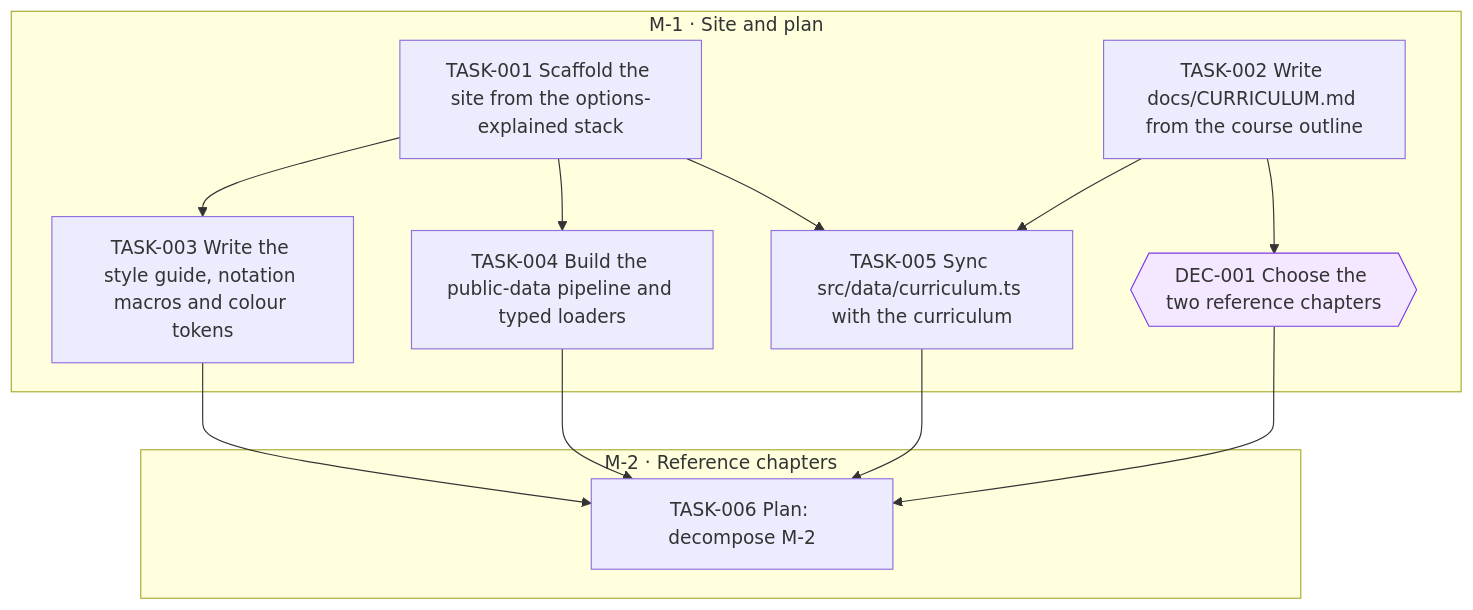
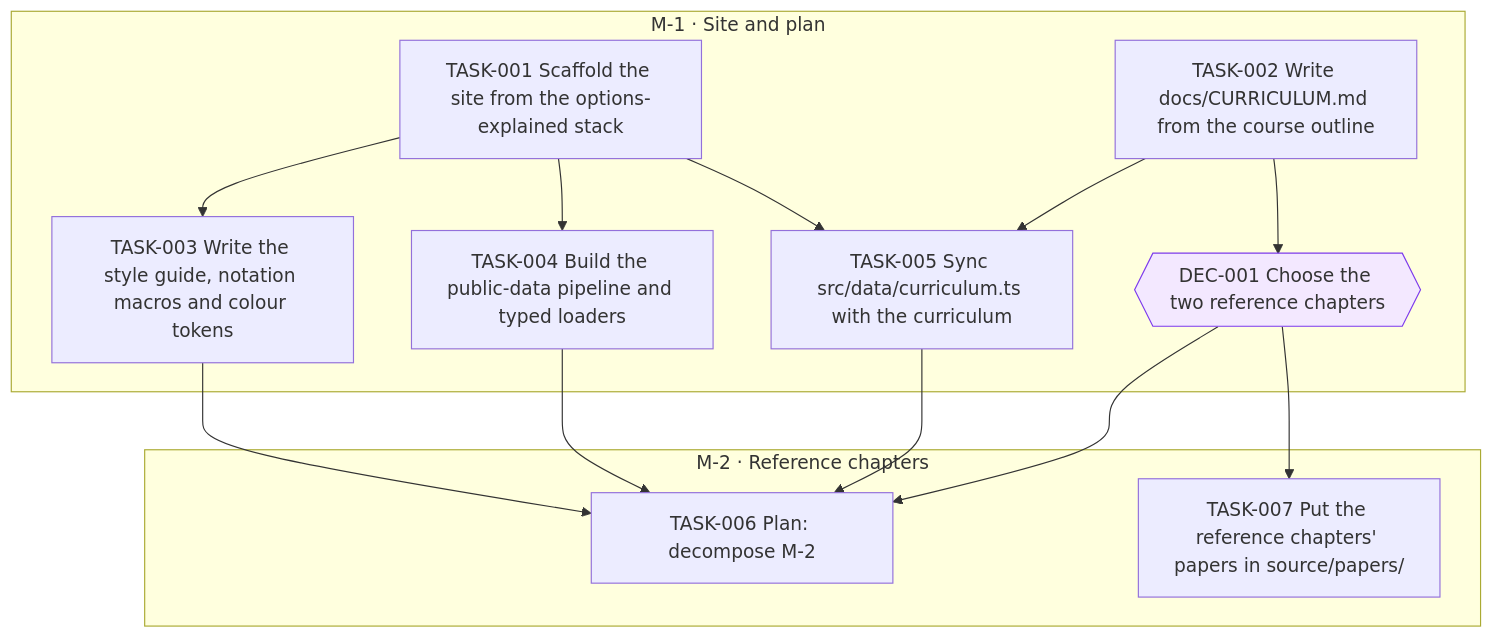
One commit to all-explained/empirical-finance-lbs changed the diagram in goals/course-site/README.md. Above: the diagram before and after it, drawn with Mermaid. The commit also changed 1 other file, not shown here.

Commit message:
goal(course-site): add TASK-007 Put the reference chapters' papers in source/papers/

````diff
--- a/goals/course-site/README.md
+++ b/goals/course-site/README.md
@@ -19,27 +19,29 @@
 ```mermaid
 flowchart TD
   subgraph M_1["M-1 · Site and plan"]
     DEC_001{{"DEC-001 Choose the two reference chapters"}}
     TASK_001["TASK-001 Scaffold the site from the options-explained stack"]
     TASK_002["TASK-002 Write docs/CURRICULUM.md from the course outline"]
     TASK_003["TASK-003 Write the style guide, notation macros and colour tokens"]
     TASK_004["TASK-004 Build the public-data pipeline and typed loaders"]
     TASK_005["TASK-005 Sync src/data/curriculum.ts with the curriculum"]
   end
   subgraph M_2["M-2 · Reference chapters"]
     TASK_006["TASK-006 Plan: decompose M-2"]
+    TASK_007["TASK-007 Put the reference chapters' papers in source/papers/"]
   end
   TASK_002 --> DEC_001
   TASK_001 --> TASK_003
   TASK_001 --> TASK_004
   TASK_001 --> TASK_005
   TASK_002 --> TASK_005
   TASK_003 --> TASK_006
   TASK_004 --> TASK_006
   TASK_005 --> TASK_006
   DEC_001 --> TASK_006
+  DEC_001 --> TASK_007
   classDef draft stroke-dasharray: 4 3
   classDef cancelled opacity:0.45
   classDef decision fill:#f3e8ff,stroke:#7c3aed
   class DEC_001 decision
 ```
````
